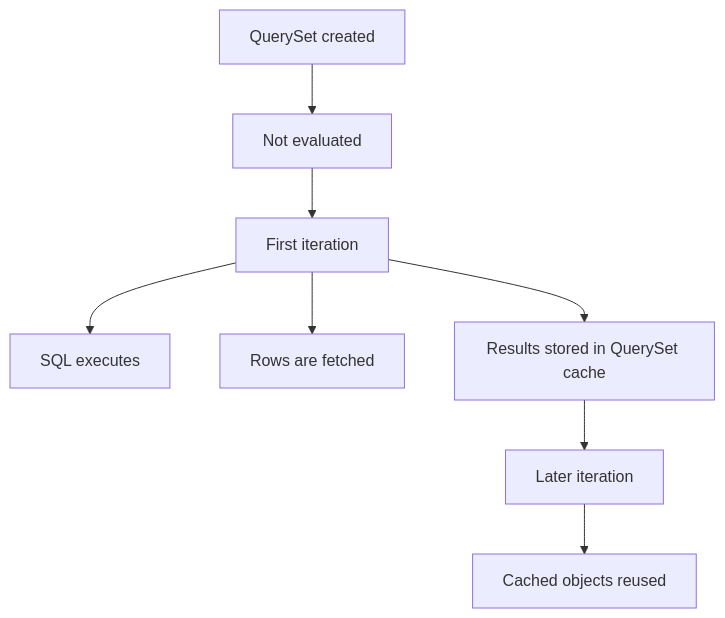
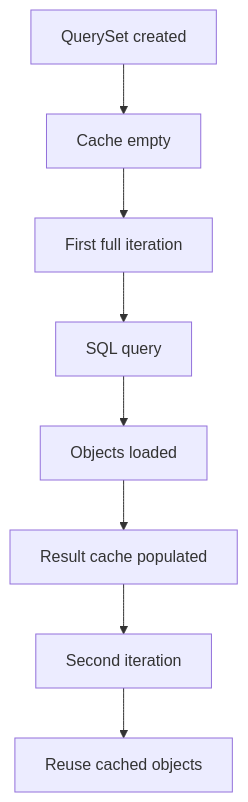
Before and after one commit to AvadhBhalodiya/Interview-Preparation: the second of 5 diagrams in src/content/django/orm-querysets-lazy-evaluation.md, drawn with Mermaid. The commit also changed other lines of this file and 80 other files, not shown here.

````diff
--- a/src/content/django/orm-querysets-lazy-evaluation.md
+++ b/src/content/django/orm-querysets-lazy-evaluation.md
@@ -434,10 +349,10 @@
 ```mermaid
 flowchart TD
-    A[QuerySet created] --> B[Not evaluated]
-    B --> C[First iteration]
-    C --> D[SQL executes]
-    C --> E[Rows are fetched]
-    C --> F[Results stored in QuerySet cache]
-    F --> G[Later iteration]
-    G --> H[Cached objects reused]
+    A["QuerySet created"] --> B["Cache empty"]
+    B --> C["First full iteration"]
+    C --> D["SQL query"]
+    D --> E["Objects loaded"]
+    E --> F["Result cache populated"]
+    F --> G["Second iteration"]
+    G --> H["Reuse cached objects"]
 ```
````
